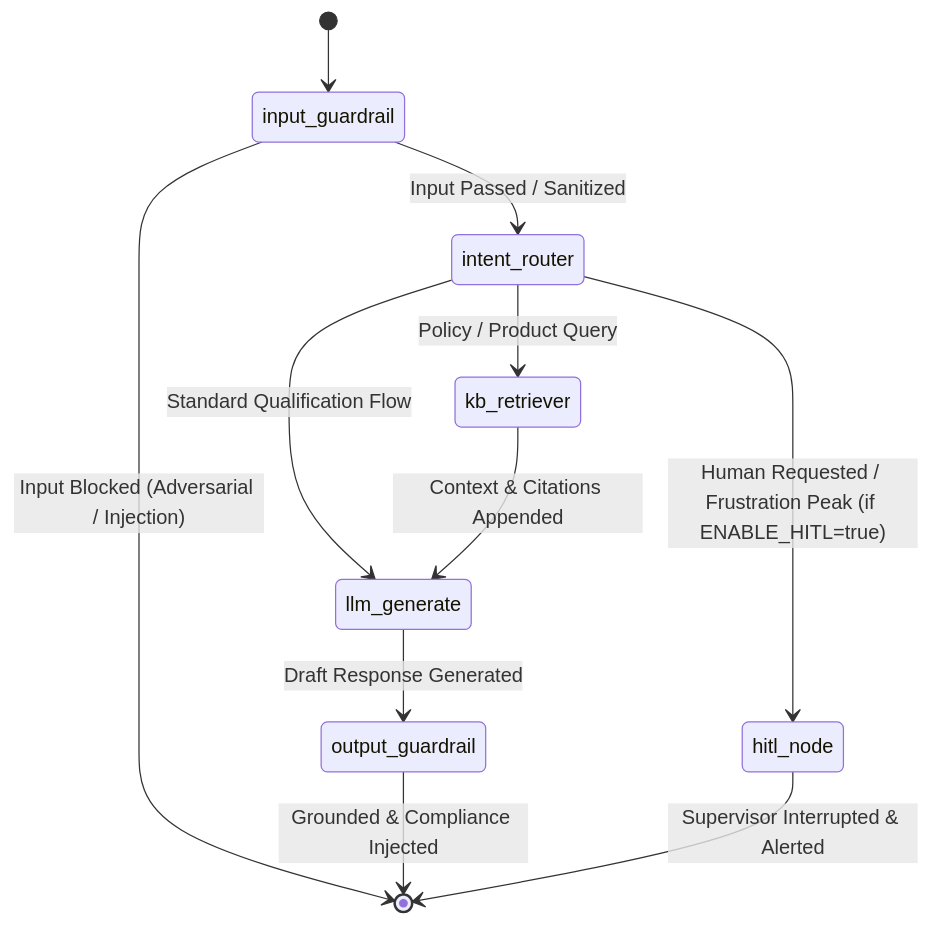
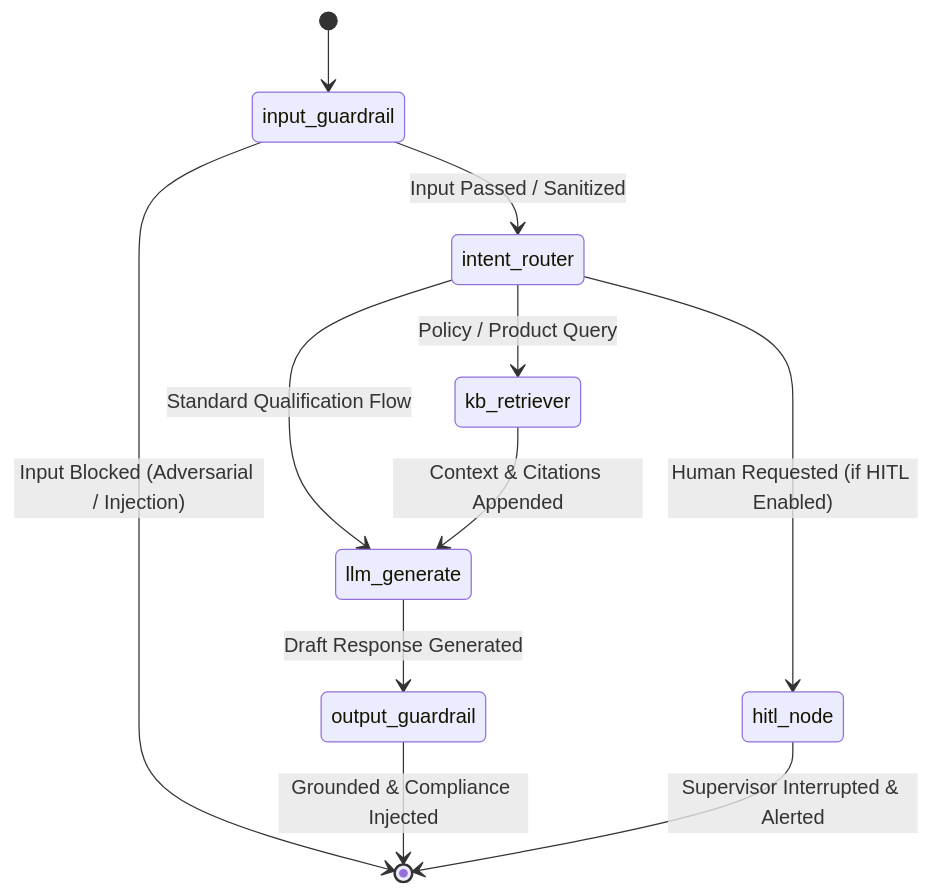
The second of 3 diagrams in architecture.md (omkarbg100/Assignment--Darwix-AI), drawn with Mermaid before and after one commit. The commit also changed other lines of this file, not shown here.

````diff
--- a/architecture.md
+++ b/architecture.md
@@ -93,17 +93,17 @@
 ```mermaid
 stateDiagram-v2
     [*] --> input_guardrail
 
     input_guardrail --> intent_router: Input Passed / Sanitized
     input_guardrail --> [*]: Input Blocked (Adversarial / Injection)
 
     intent_router --> kb_retriever: Policy / Product Query
     intent_router --> llm_generate: Standard Qualification Flow
-    intent_router --> hitl_node: Human Requested / Frustration Peak (if ENABLE_HITL=true)
+    intent_router --> hitl_node: Human Requested (if HITL Enabled)
 
     kb_retriever --> llm_generate: Context & Citations Appended
     llm_generate --> output_guardrail: Draft Response Generated
 
     output_guardrail --> [*]: Grounded & Compliance Injected
     hitl_node --> [*]: Supervisor Interrupted & Alerted
 ```
````
